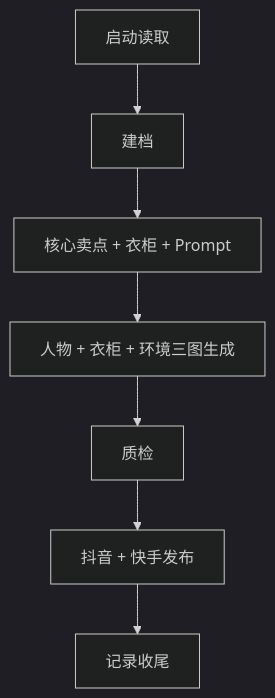
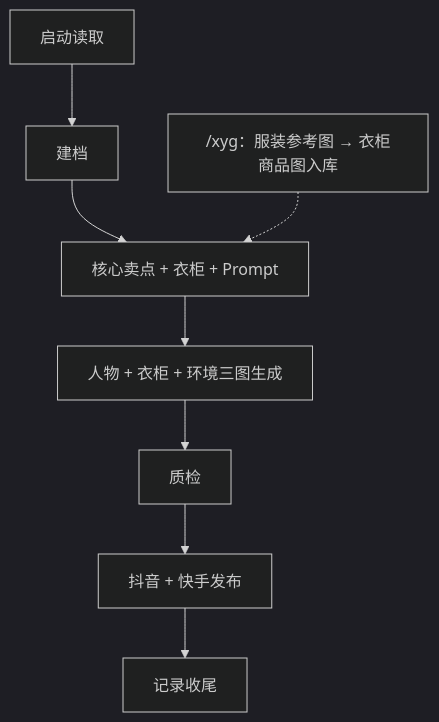
Before and after one commit to xsddpx/dy: the diagram in README.md, drawn with Mermaid (dark theme). The commit also changed 22 other files, not shown here.

````diff
--- a/README.md
+++ b/README.md
@@ -6,9 +6,10 @@
 ```mermaid
 flowchart TD
   A["启动读取"] --> B["建档"]
   B --> C["核心卖点 + 衣柜 + Prompt"]
   C --> D["人物 + 衣柜 + 环境三图生成"]
   D --> E["质检"]
   E --> F["抖音 + 快手发布"]
   F --> G["记录收尾"]
+  H["/xyg：服装参考图 → 衣柜商品图入库"] -.-> C
 ```
````
